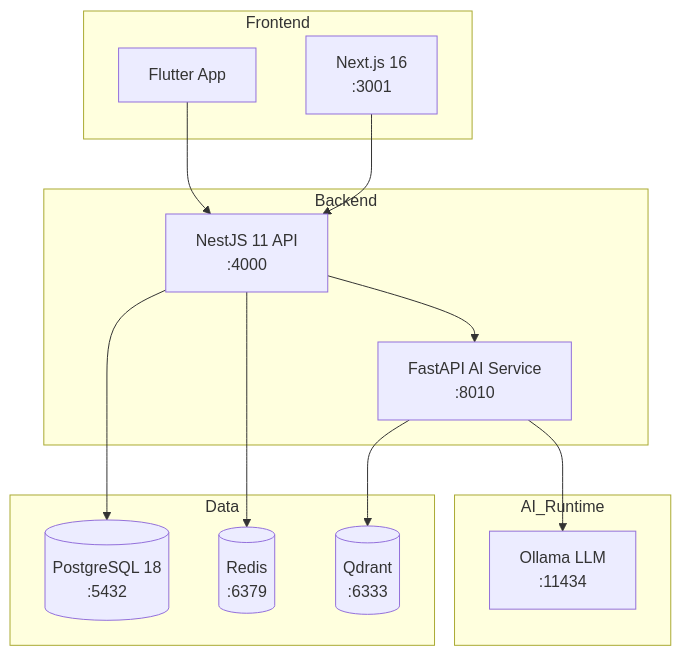
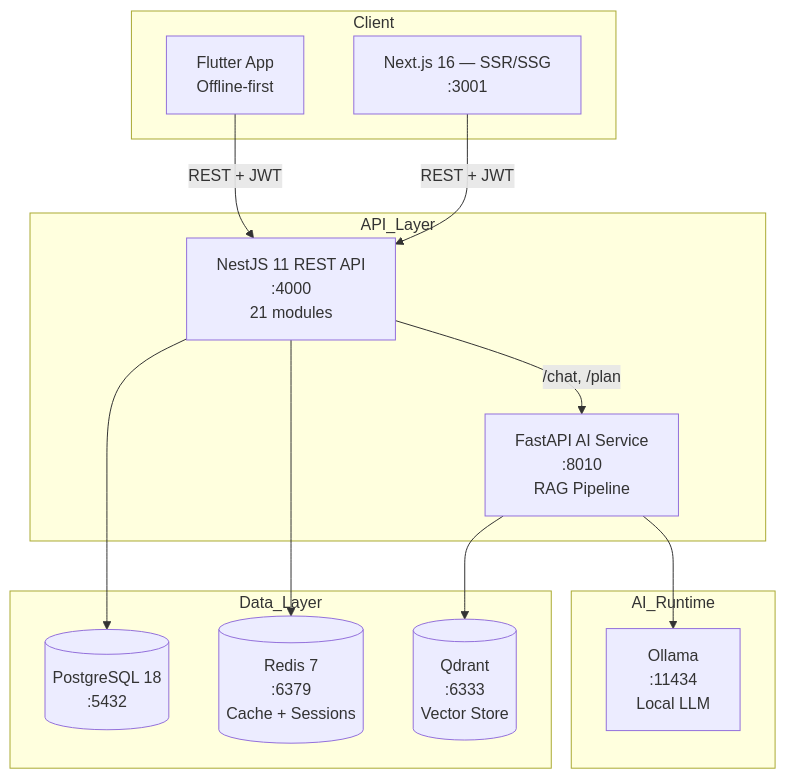
Before and after one commit to JasonTM17/ChillTravel_NextJS: the diagram in README.en.md, drawn with Mermaid. The commit also changed other lines of this file and 18 other files, not shown here.

````diff
--- a/README.en.md
+++ b/README.en.md
@@ -129,27 +159,27 @@
 ```mermaid
 graph TB
-    subgraph Frontend
-        Web[Next.js 16<br/>:3001]
-        Mobile[Flutter App]
+    subgraph Client
+        Web[Next.js 16 — SSR/SSG<br/>:3001]
+        Mobile[Flutter App<br/>Offline-first]
     end
-    subgraph Backend
-        API[NestJS 11 API<br/>:4000]
-        AI[FastAPI AI Service<br/>:8010]
+    subgraph API_Layer
+        API[NestJS 11 REST API<br/>:4000<br/>21 modules]
+        AI[FastAPI AI Service<br/>:8010<br/>RAG Pipeline]
     end
-    subgraph Data
+    subgraph Data_Layer
         PG[(PostgreSQL 18<br/>:5432)]
-        Redis[(Redis<br/>:6379)]
-        Qdrant[(Qdrant<br/>:6333)]
+        Redis[(Redis 7<br/>:6379<br/>Cache + Sessions)]
+        Qdrant[(Qdrant<br/>:6333<br/>Vector Store)]
     end
     subgraph AI_Runtime
-        Ollama[Ollama LLM<br/>:11434]
+        Ollama[Ollama<br/>:11434<br/>Local LLM]
     end
 
-    Web --> API
-    Mobile --> API
+    Web -->|REST + JWT| API
+    Mobile -->|REST + JWT| API
     API --> PG
     API --> Redis
-    API --> AI
+    API -->|/chat, /plan| AI
     AI --> Ollama
     AI --> Qdrant
 ```
````
